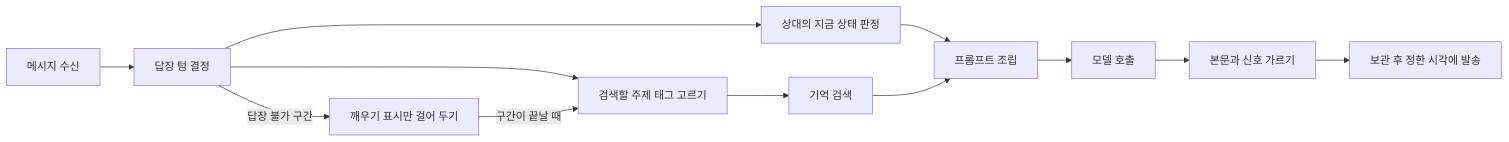
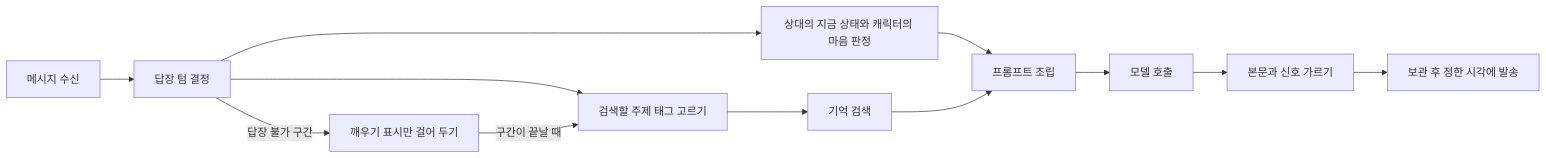
Before and after one commit to hyewon3938/random-ai-companion: the second of 5 diagrams in modules.md, drawn with Mermaid. The commit also changed other lines of this file and 8 other files, not shown here.

````diff
--- a/modules.md
+++ b/modules.md
@@ -26,14 +26,14 @@
 ```mermaid
 flowchart LR
     IN["메시지 수신"] --> TIMING["답장 텀 결정"]
     TIMING --> TAG["검색할 주제 태그 고르기"]
-    TIMING --> STATE["상대의 지금 상태 판정"]
+    TIMING --> STATE["상대의 지금 상태와 캐릭터의 마음 판정"]
     TAG --> MEM["기억 검색"]
     STATE --> CTX
     MEM --> CTX["프롬프트 조립"]
     CTX --> LLM["모델 호출"]
     LLM --> SIG["본문과 신호 가르기"]
     SIG --> PEND["보관 후 정한 시각에 발송"]
     TIMING -->|"답장 불가 구간"| WAKE["깨우기 표시만 걸어 두기"]
     WAKE -->|"구간이 끝날 때"| TAG
 ```
````
